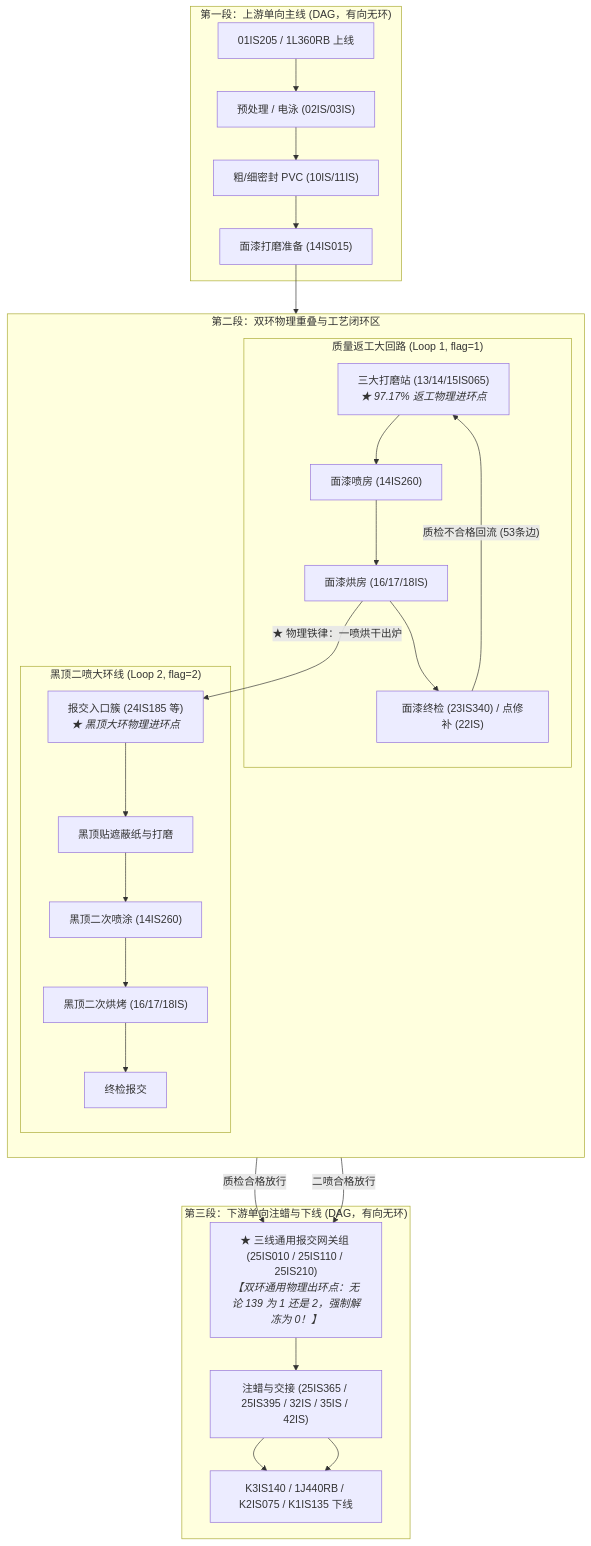
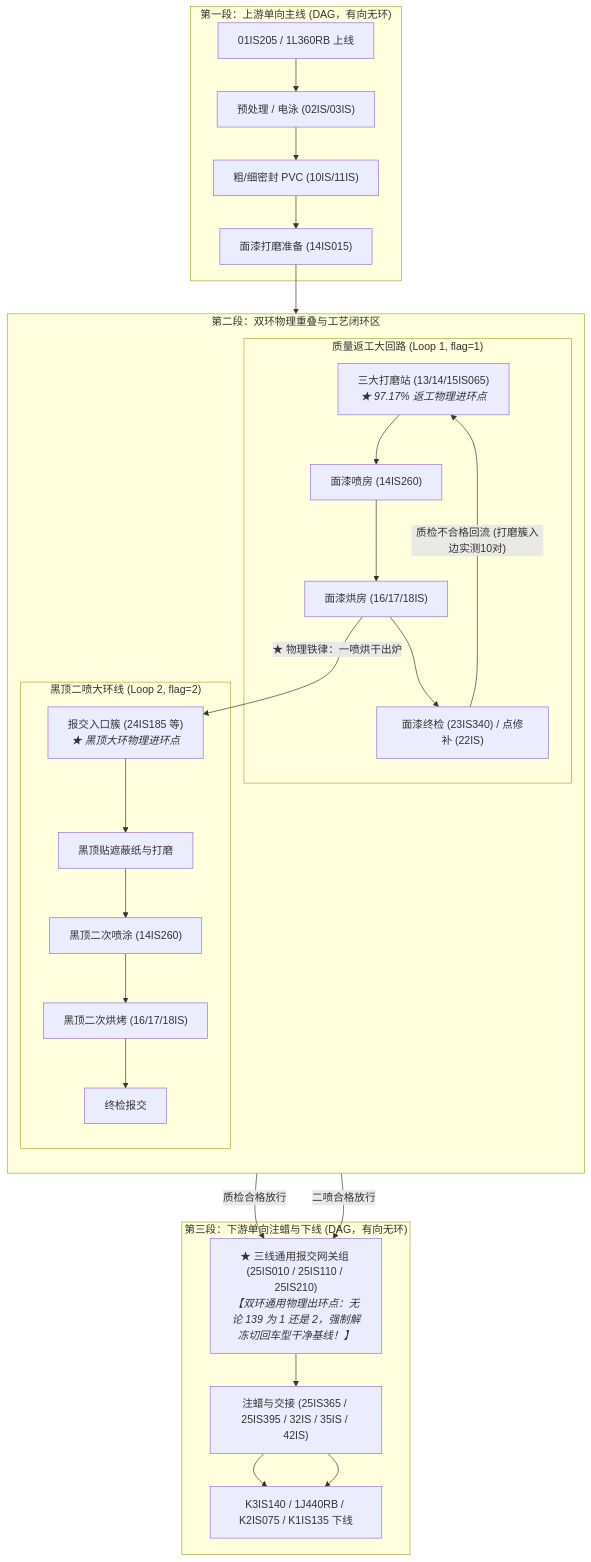
One commit to juliusceasar1130/paint-dss-w4 changed the first of 2 diagrams in docs/14_涂装车间物理双环统一状态机与样本锚定方案.md. Above: the diagram before and after it, drawn with Mermaid. The commit also changed other lines of this file and 1 other file, not shown here.

````diff
--- a/docs/14_涂装车间物理双环统一状态机与样本锚定方案.md
+++ b/docs/14_涂装车间物理双环统一状态机与样本锚定方案.md
@@ -40,37 +40,37 @@
 ```mermaid
 flowchart TD
     subgraph S1["第一段：上游单向主线 (DAG，有向无环)"]
         In["01IS205 / 1L360RB 上线"] --> Pre["预处理 / 电泳 (02IS/03IS)"]
         Pre --> PVC["粗/细密封 PVC (10IS/11IS)"]
         PVC --> PrePrep["面漆打磨准备 (14IS015)"]
     end
 
     subgraph S2["第二段：双环物理重叠与工艺闭环区"]
         direction TB
         subgraph L1["质量返工大回路 (Loop 1, flag=1)"]
             Sand1["三大打磨站 (13/14/15IS065)<br><i>★ 97.17% 返工物理进环点</i>"] --> Spray1["面漆喷房 (14IS260)"]
             Spray1 --> Oven1["面漆烘房 (16/17/18IS)"]
             Oven1 --> Check1["面漆终检 (23IS340) / 点修补 (22IS)"]
-            Check1 --"质检不合格回流 (53条边)"--> Sand1
+            Check1 --"质检不合格回流 (打磨簇入边实测10对)"--> Sand1
         end
 
         subgraph L2["黑顶二喷大环线 (Loop 2, flag=2)"]
             Oven1 --"★ 物理铁律：一喷烘干出炉"--> Gate2["报交入口簇 (24IS185 等)<br><i>★ 黑顶大环物理进环点</i>"]
             Gate2 --> Reprep2["黑顶贴遮蔽纸与打磨"]
             Reprep2 --> Spray2["黑顶二次喷涂 (14IS260)"]
             Spray2 --> Oven2["黑顶二次烘烤 (16/17/18IS)"]
             Oven2 --> Check2["终检报交"]
         end
     end
 
     subgraph S3["第三段：下游单向注蜡与下线 (DAG，有向无环)"]
-        Gateway["★ 三线通用报交网关组 (25IS010 / 25IS110 / 25IS210)<br><i>【双环通用物理出环点：无论 139 为 1 还是 2，强制解冻为 0！】</i>"]
+        Gateway["★ 三线通用报交网关组 (25IS010 / 25IS110 / 25IS210)<br><i>【双环通用物理出环点：无论 139 为 1 还是 2，强制解冻切回车型干净基线！】</i>"]
         Gateway --> Wax["注蜡与交接 (25IS365 / 25IS395 / 32IS / 35IS / 42IS)"]
         Wax --> Exit["K3IS140 / 1J440RB / K2IS075 / K1IS135 下线"]
     end
 
     PrePrep --> Sand1
     Check1 --"质检合格放行"--> Gateway
     Check2 --"二喷合格放行"--> Gateway
     Wax --> Exit
 ```
````
